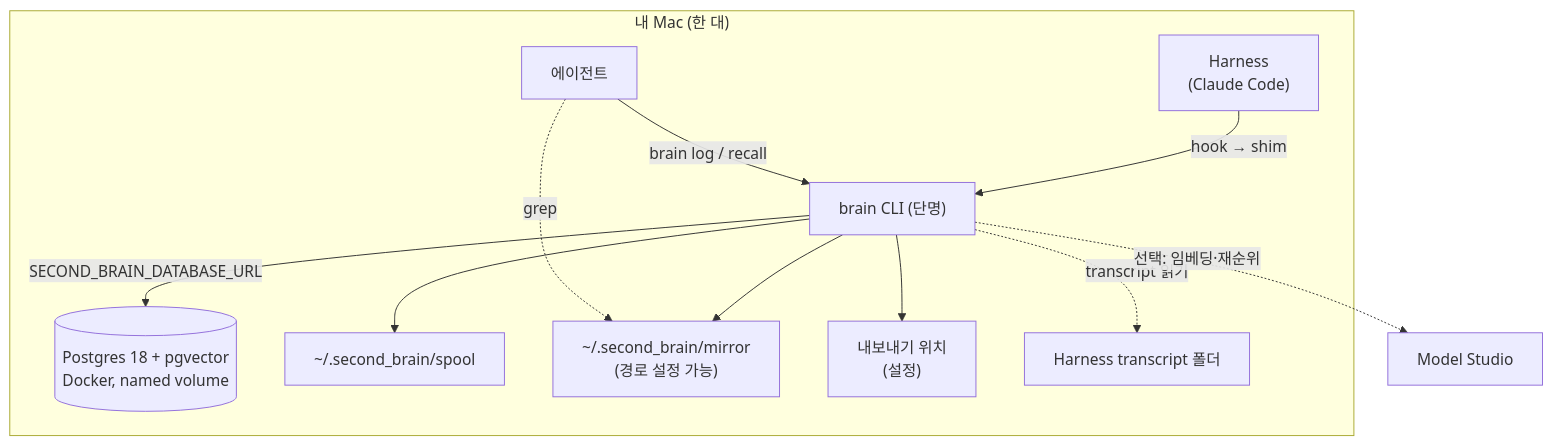
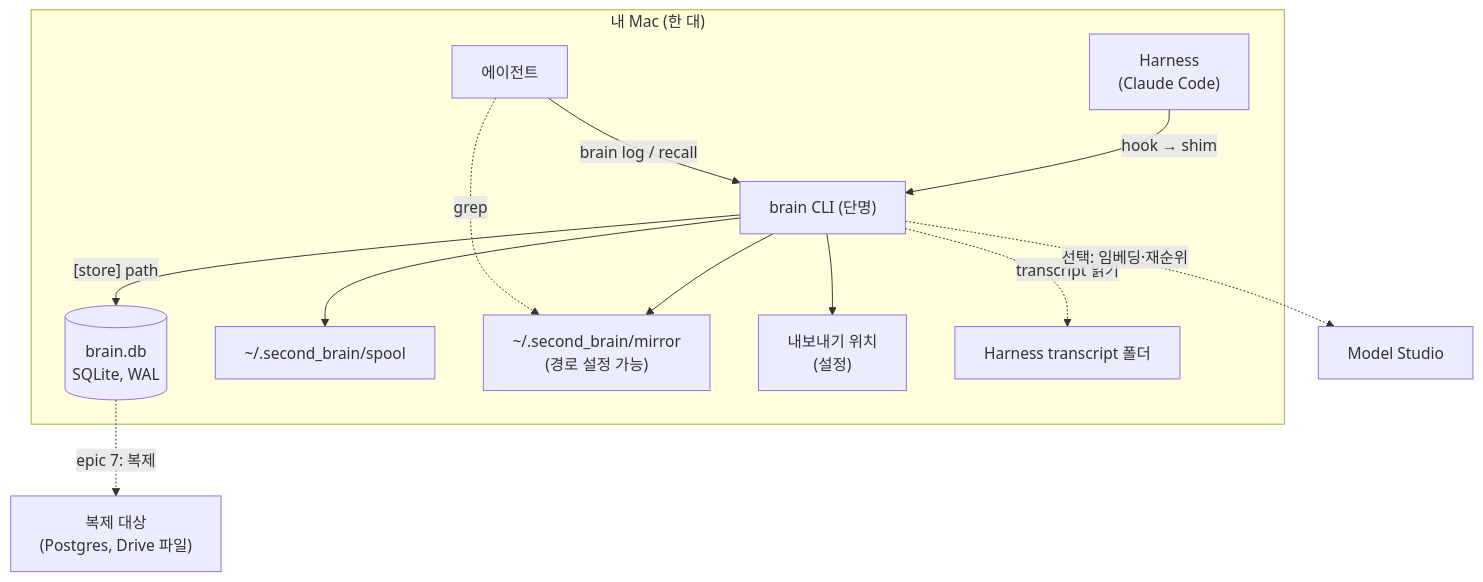
One commit to gmae199boy/second-brain changed the fourth of 4 diagrams in _bmad-output/personal-brain/architecture-brain-v1-slice-1/architecture-brain-v1-slice-1.md. Above: the diagram before and after it, drawn with Mermaid. The commit also changed other lines of this file and 8 other files, not shown here.

````diff
--- a/_bmad-output/personal-brain/architecture-brain-v1-slice-1/architecture-brain-v1-slice-1.md
+++ b/_bmad-output/personal-brain/architecture-brain-v1-slice-1/architecture-brain-v1-slice-1.md
@@ -379,14 +409,15 @@
 ```mermaid
 flowchart TB
   subgraph mac["내 Mac (한 대)"]
     harness["Harness<br/>(Claude Code)"] -- "hook → shim" --> brain["brain CLI (단명)"]
     agent["에이전트"] -- "brain log / recall" --> brain
-    brain -- "SECOND_BRAIN_DATABASE_URL" --> pg[("Postgres 18 + pgvector<br/>Docker, named volume")]
+    brain -- "[store] path" --> db[("brain.db<br/>SQLite, WAL")]
     brain --> spool["~/.second_brain/spool"]
     brain --> mirror["~/.second_brain/mirror<br/>(경로 설정 가능)"]
     brain --> exp["내보내기 위치<br/>(설정)"]
     brain -. "transcript 읽기" .-> tr["Harness transcript 폴더"]
     agent -. "grep" .-> mirror
   end
   brain -. "선택: 임베딩·재순위" .-> ms["Model Studio"]
+  db -. "epic 7: 복제" .-> rep["복제 대상<br/>(Postgres, Drive 파일)"]
 ```
````
